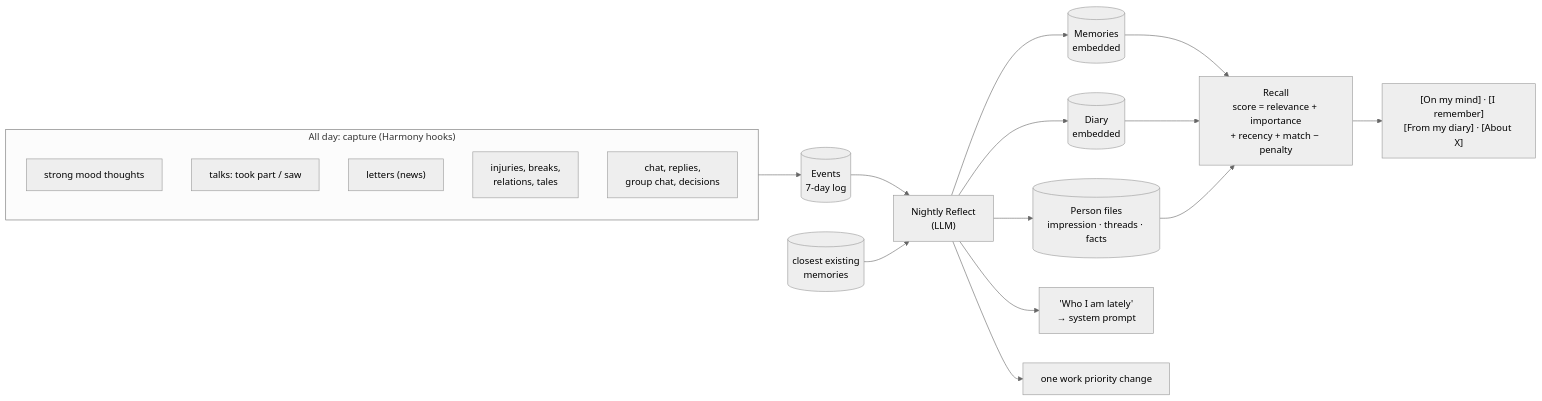
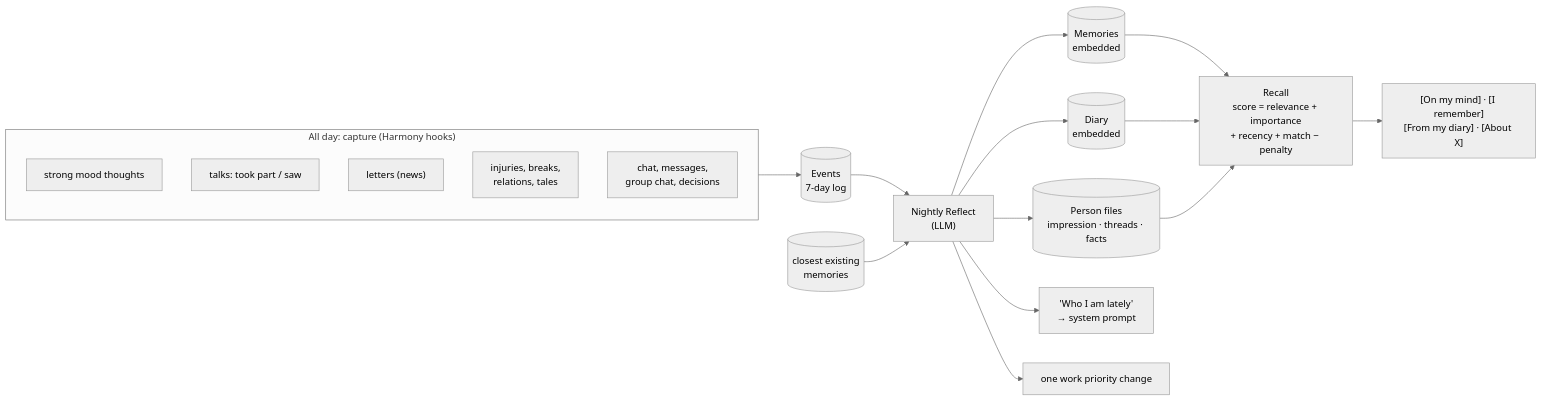
One commit to ManuelPDM/RimAIFriend changed the fourth of 9 diagrams in README.md. Above: the diagram before and after it, drawn with Mermaid (neutral theme). The commit also changed other lines of this file and 26 other files, not shown here.

````diff
--- a/README.md
+++ b/README.md
@@ -293,20 +324,20 @@
 ```mermaid
 flowchart LR
     subgraph Capture["All day: capture (Harmony hooks)"]
         E1["strong mood thoughts"]
         E2["talks: took part / saw"]
         E3["letters (news)"]
         E4["injuries, breaks,<br/>relations, tales"]
-        E5["chat, replies,<br/>group chat, decisions"]
+        E5["chat, messages,<br/>group chat, decisions"]
     end
     Capture --> Ev[("Events<br/>7-day log")]
     Ev --> Ref["Nightly Reflect<br/>(LLM)"]
     Mem0[("closest existing<br/>memories")] --> Ref
     Ref --> Mem[("Memories<br/>embedded")]
     Ref --> Dia[("Diary<br/>embedded")]
     Ref --> Files[("Person files<br/>impression · threads · facts")]
     Ref --> Lately["'Who I am lately'<br/>→ system prompt"]
     Ref --> Work["one work priority change"]
     Mem & Dia & Files --> Recall["Recall<br/>score = relevance + importance<br/>+ recency + match − penalty"]
     Recall --> Prompt["[On my mind] · [I remember]<br/>[From my diary] · [About X]"]
 ```
````
